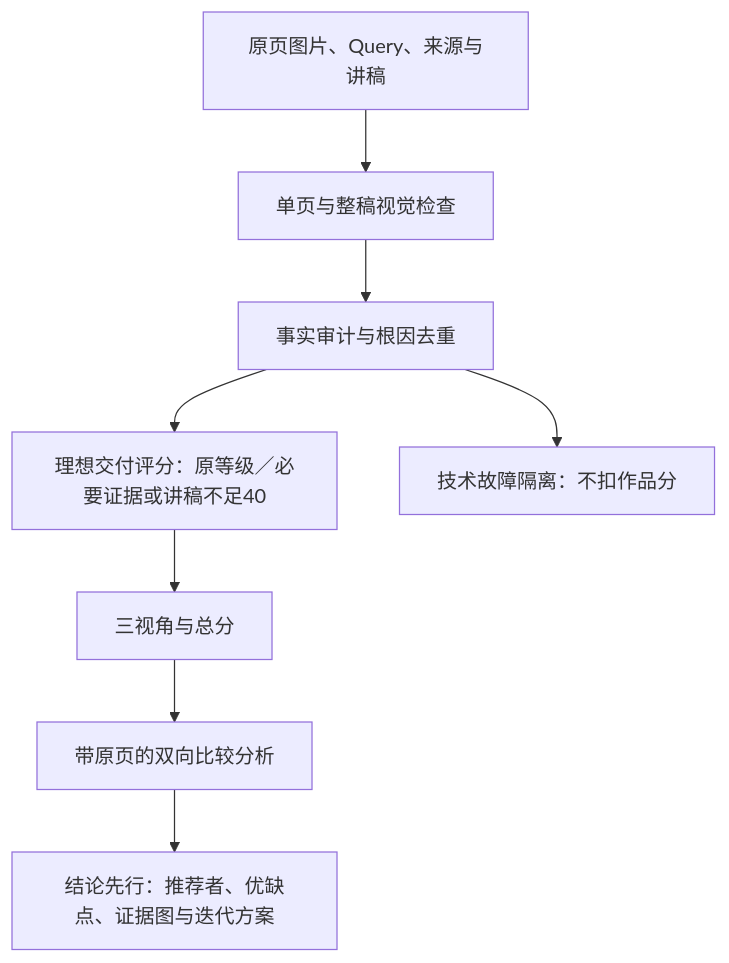
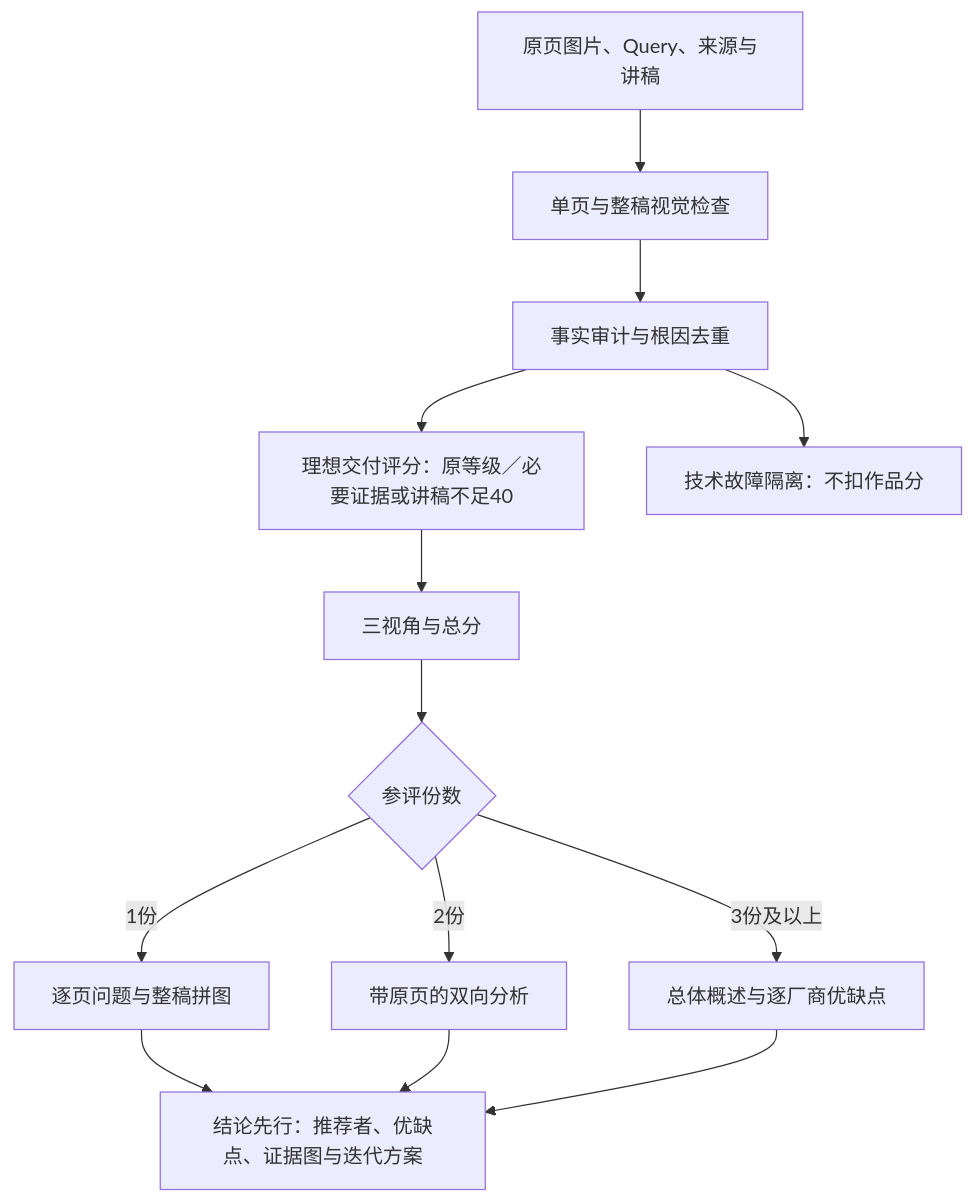
One commit to foxbitcoo/ppt-evaluation-skill changed the diagram in ppt-evaluation/README.md. Above: the diagram before and after it, drawn with Mermaid. The commit also changed other lines of this file and 12 other files, not shown here.

````diff
--- a/ppt-evaluation/README.md
+++ b/ppt-evaluation/README.md
@@ -9,10 +9,16 @@
 ```mermaid
 flowchart TD
  A[原页图片、Query、来源与讲稿] --> B[单页与整稿视觉检查]
  B --> C[事实审计与根因去重]
  C --> D[理想交付评分：原等级／必要证据或讲稿不足40]
  C --> E[技术故障隔离：不扣作品分]
  D --> F[三视角与总分]
- F --> G[带原页的双向比较分析]
- G --> H[结论先行：推荐者、优缺点、证据图与迭代方案]
+ F --> G{参评份数}
+ G -->|1份| I[逐页问题与整稿拼图]
+ G -->|2份| J[带原页的双向分析]
+ G -->|3份及以上| K[总体概述与逐厂商优缺点]
+ I --> H
+ J --> H
+ K --> H
+ H[结论先行：推荐者、优缺点、证据图与迭代方案]
 ```
````
